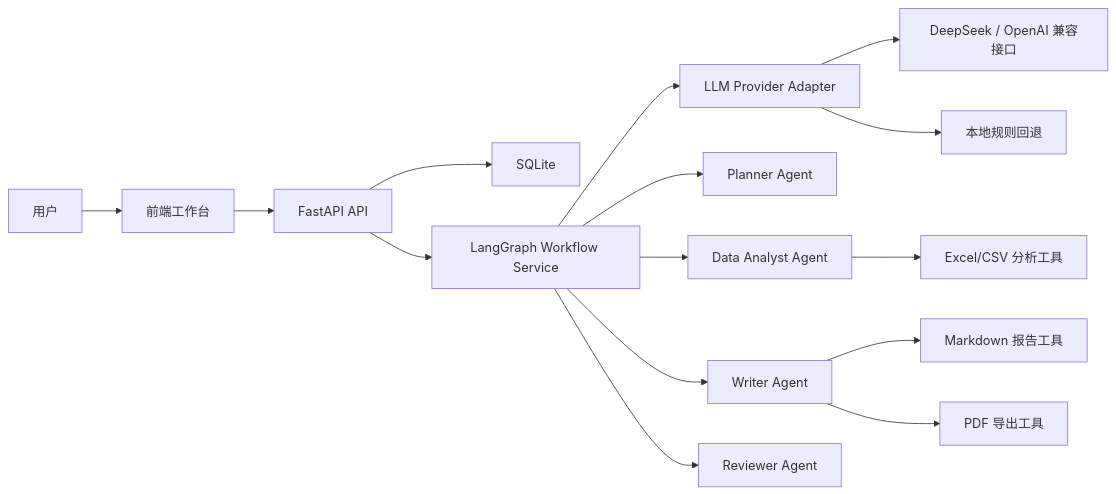
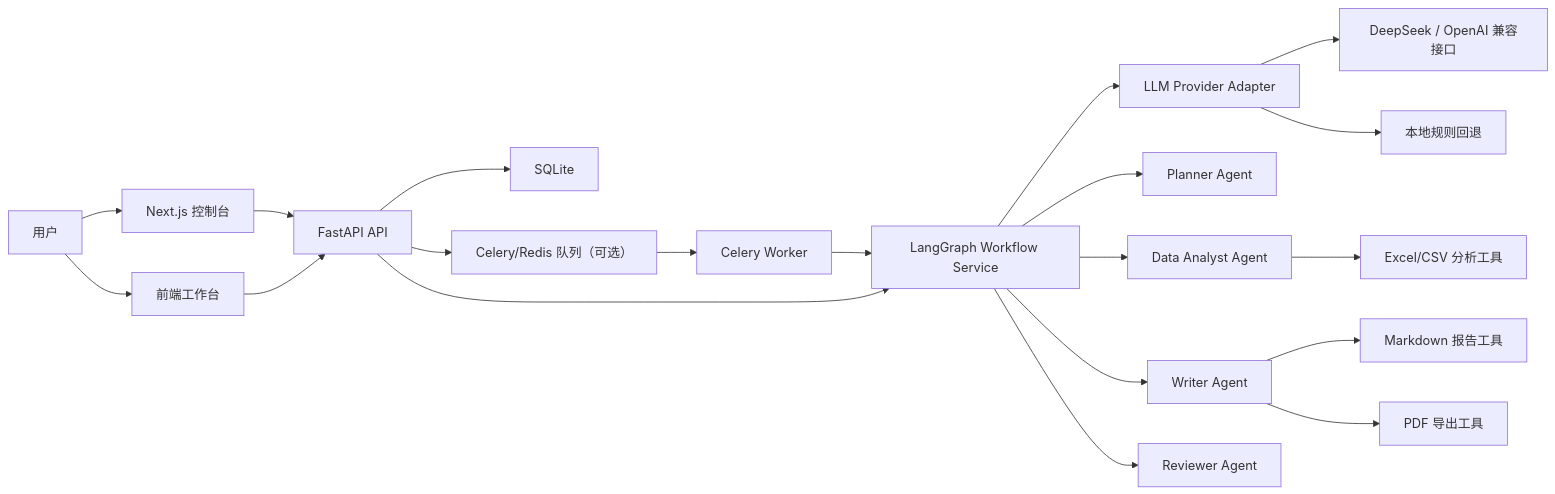
One commit to yan073747/document-workflow-agent changed the first of 2 diagrams in docs/architecture.md. Above: the diagram before and after it, drawn with Mermaid. The commit also changed other lines of this file and 32 other files, not shown here.

````diff
--- a/docs/architecture.md
+++ b/docs/architecture.md
@@ -5,17 +5,22 @@
 ```mermaid
 flowchart LR
   U["用户"] --> FE["前端工作台"]
+  FE2["Next.js 控制台"] --> API
+  U --> FE2
   FE --> API["FastAPI API"]
   API --> DB["SQLite"]
+  API --> Q["Celery/Redis 队列（可选）"]
+  Q --> WK["Celery Worker"]
+  WK --> WF
   API --> WF["LangGraph Workflow Service"]
   WF --> LLM["LLM Provider Adapter"]
   WF --> P["Planner Agent"]
   WF --> A["Data Analyst Agent"]
   WF --> W["Writer Agent"]
   WF --> R["Reviewer Agent"]
   A --> T1["Excel/CSV 分析工具"]
   W --> T2["Markdown 报告工具"]
   W --> T3["PDF 导出工具"]
   LLM --> R1["DeepSeek / OpenAI 兼容接口"]
   LLM --> R2["本地规则回退"]
 ```
````
